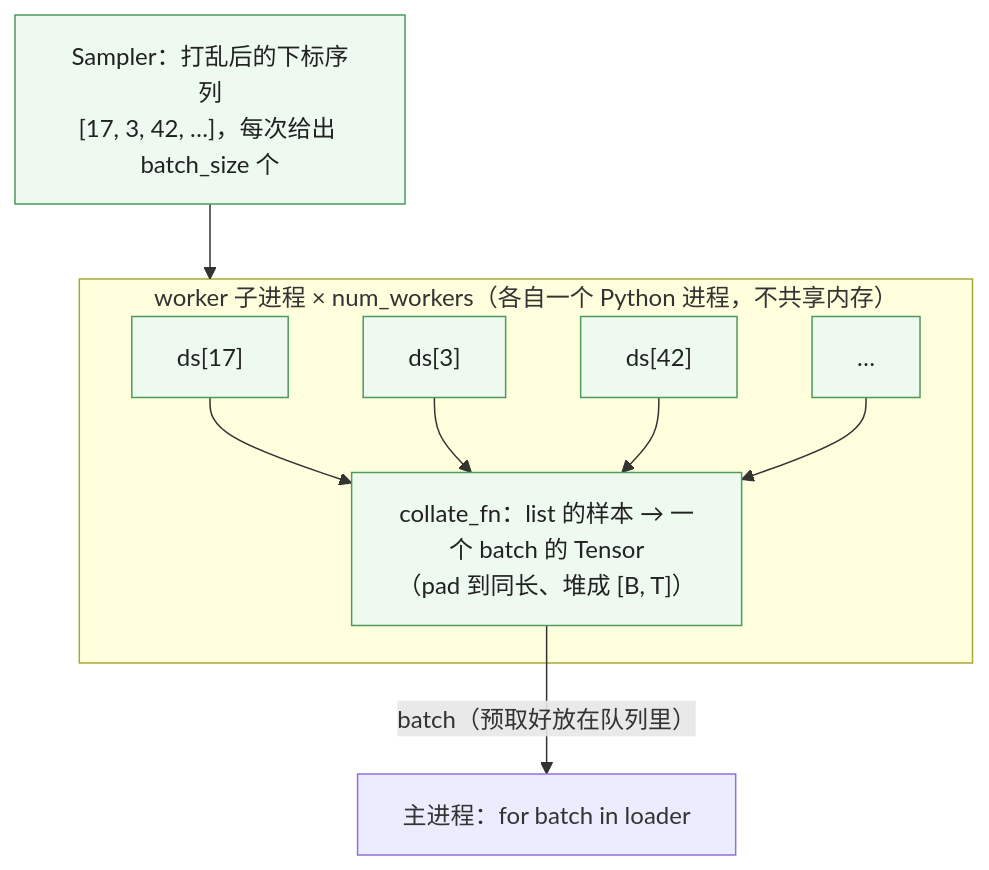
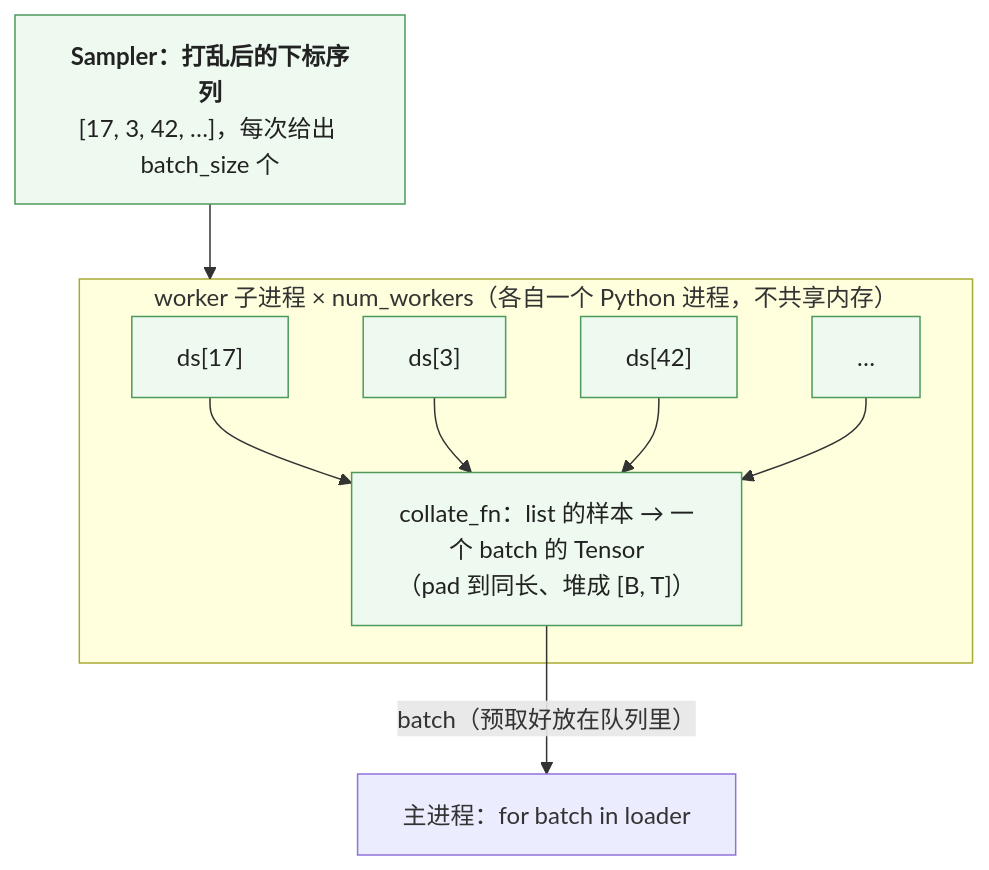
Before and after one commit to arganzheng/arganzheng.github.com: the fourth of 4 diagrams in _posts/2026-01-19-pytorch-in-use-five-objects-and-a-training-loop.md, drawn with Mermaid. The commit also changed 4 other files, not shown here.

First line of the commit message:
算法工程师的工具箱：从一个想法到一次能跑的实验：Mermaid 多行方框的首行标为标题（5 篇）

````diff
--- a/_posts/2026-01-19-pytorch-in-use-five-objects-and-a-training-loop.md
+++ b/_posts/2026-01-19-pytorch-in-use-five-objects-and-a-training-loop.md
@@ -317,17 +317,17 @@
 ```mermaid
 %% DataLoader 的一步：Sampler 出下标 → worker 子进程取样本并 collate → 队列 → 主进程
 flowchart TB
-    S["Sampler：打乱后的下标序列<br/>[17, 3, 42, …]，每次给出 batch_size 个"]
+    S["<b>Sampler：打乱后的下标序列</b><br/>[17, 3, 42, …]，每次给出 batch_size 个"]
     subgraph W["worker 子进程 × num_workers（各自一个 Python 进程，不共享内存）"]
         G1["ds[17]"]
         G2["ds[3]"]
         G3["ds[42]"]
         G4["…"]
         C["collate_fn：list 的样本 → 一个 batch 的 Tensor<br/>（pad 到同长、堆成 [B, T]）"]
         G1 & G2 & G3 & G4 --> C
     end
     S --> W
     C -- "batch（预取好放在队列里）" --> M["主进程：for batch in loader"]
     classDef data fill:#eefaf0,stroke:#4d9a5c,color:#222
     class S,G1,G2,G3,G4,C data
 ```
````
